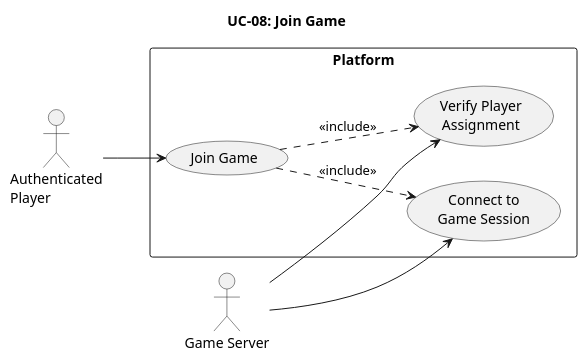
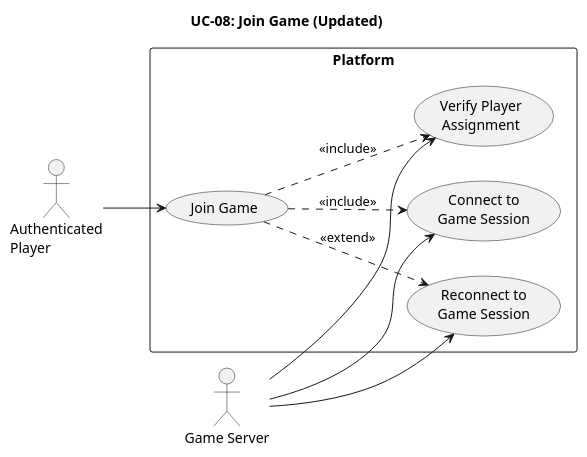
Before and after one commit to manavpreet1809/Multiplayer-Gaming-Platform: the diagram in docs/03 useCases/UC-08 Join Game.md, drawn with PlantUML. The commit also changed other lines of this file and 21 other files, not shown here.

````diff
--- a/docs/03 useCases/UC-08 Join Game.md
+++ b/docs/03 useCases/UC-08 Join Game.md
@@ -7,25 +13,28 @@
 ```plantuml
 @startuml
-title UC-08: Join Game
+title UC-08: Join Game (Updated)
 
 left to right direction
 skinparam packageStyle rectangle
 
 actor "Authenticated\nPlayer" as Player
 actor "Game Server" as Server
 
 rectangle "Platform" {
   usecase "Join Game" as UC08
   usecase "Verify Player\nAssignment" as VPA
   usecase "Connect to\nGame Session" as CGS
+  usecase "Reconnect to\nGame Session" as RGS
 }
 
 Player --> UC08
 Server --> VPA
 Server --> CGS
+Server --> RGS
 
 UC08 ..> VPA : <<include>>
 UC08 ..> CGS : <<include>>
+UC08 ..> RGS : <<extend>>
 
 @enduml
 ```
````
